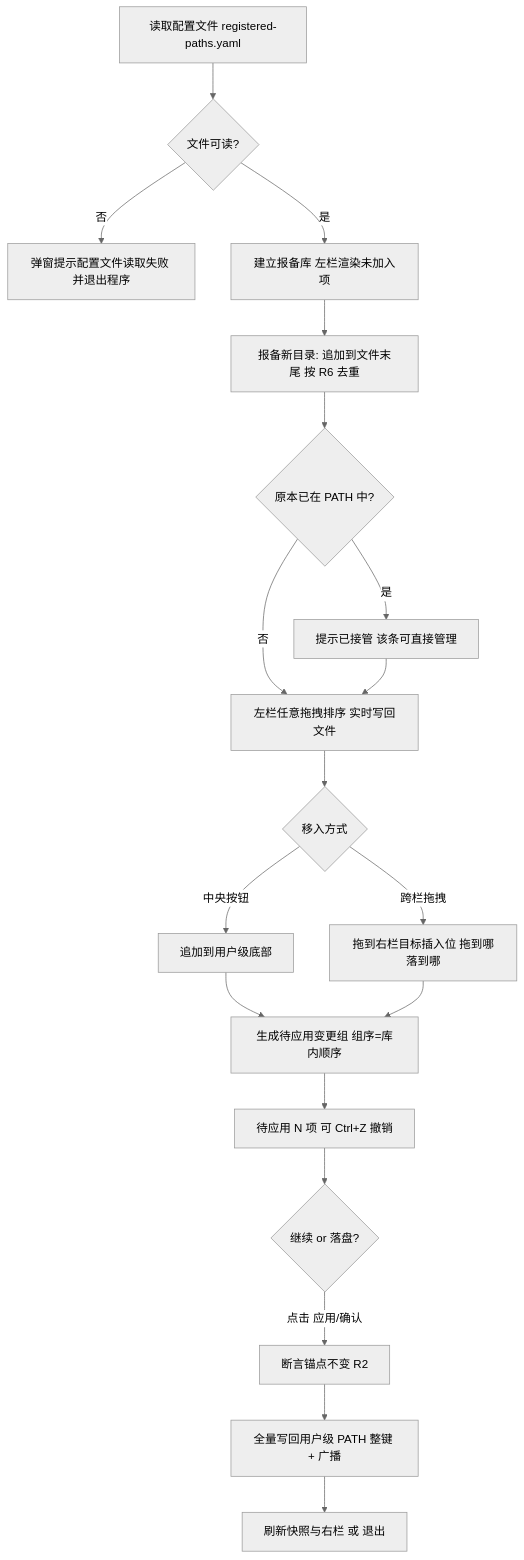
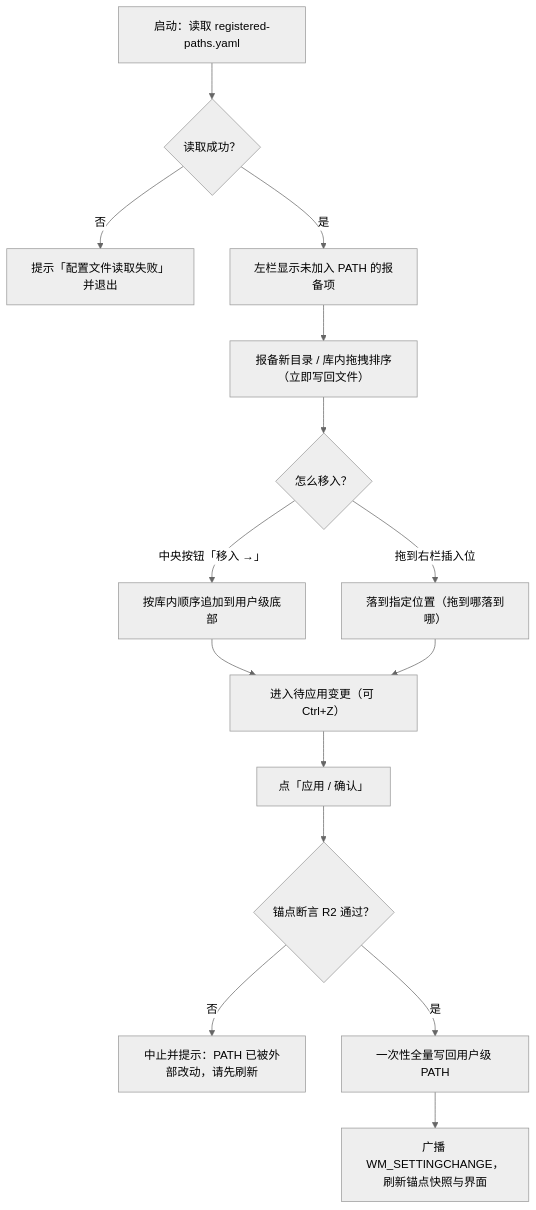
Before and after one commit to Adrts/tool2path: the first of 4 diagrams in design/Design Doc.md, drawn with Mermaid (neutral theme). The commit also changed other lines of this file, not shown here.

````diff
--- a/design/Design Doc.md
+++ b/design/Design Doc.md
@@ -391,21 +460,17 @@
 ```mermaid
 flowchart TD
-  A[读取配置文件 registered-paths.yaml] --> B{文件可读?}
-  B -- 否 --> B1[弹窗提示配置文件读取失败 并退出程序]
-  B -- 是 --> C[建立报备库 左栏渲染未加入项]
-  C --> D[报备新目录: 追加到文件末尾 按 R6 去重]
-  D --> D2{原本已在 PATH 中?}
-  D2 -- 是 --> D3[提示已接管 该条可直接管理]
-  D2 -- 否 --> E
-  D3 --> E
-  E[左栏任意拖拽排序 实时写回文件] --> F{移入方式}
-  F -- 中央按钮 --> G[追加到用户级底部]
-  F -- 跨栏拖拽 --> H[拖到右栏目标插入位 拖到哪落到哪]
-  G --> I[生成待应用变更组 组序=库内顺序]
-  H --> I
-  I --> J[待应用 N 项 可 Ctrl+Z 撤销]
-  J --> K{继续 or 落盘?}
-  K -- 点击 应用/确认 --> L[断言锚点不变 R2]
-  L --> M[全量写回用户级 PATH 整键 + 广播]
-  M --> N[刷新快照与右栏 或 退出]
+  A["启动：读取 registered-paths.yaml"] --> B{"读取成功？"}
+  B -- "否" --> B1["提示「配置文件读取失败」并退出"]
+  B -- "是" --> C["左栏显示未加入 PATH 的报备项"]
+  C --> D["报备新目录 / 库内拖拽排序（立即写回文件）"]
+  D --> E{"怎么移入？"}
+  E -- "中央按钮「移入 →」" --> F["按库内顺序追加到用户级底部"]
+  E -- "拖到右栏插入位" --> G["落到指定位置（拖到哪落到哪）"]
+  F --> H["进入待应用变更（可 Ctrl+Z）"]
+  G --> H
+  H --> I["点「应用 / 确认」"]
+  I --> J{"锚点断言 R2 通过？"}
+  J -- "否" --> J1["中止并提示：PATH 已被外部改动，请先刷新"]
+  J -- "是" --> K["一次性全量写回用户级 PATH"]
+  K --> L["广播 WM_SETTINGCHANGE，刷新锚点快照与界面"]
 ```
````
